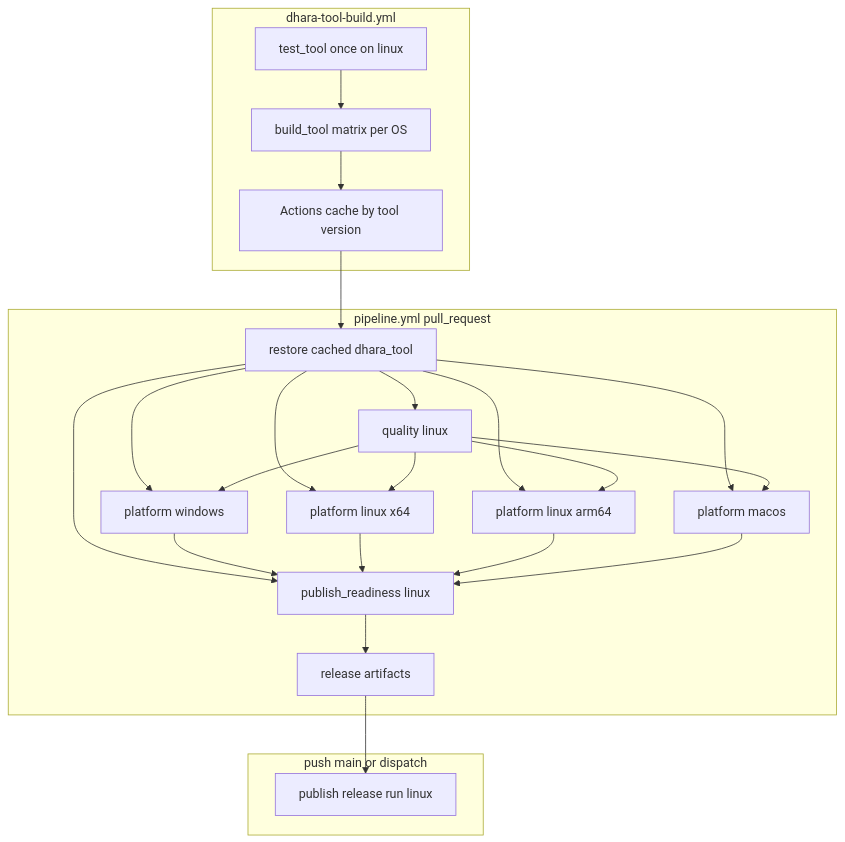
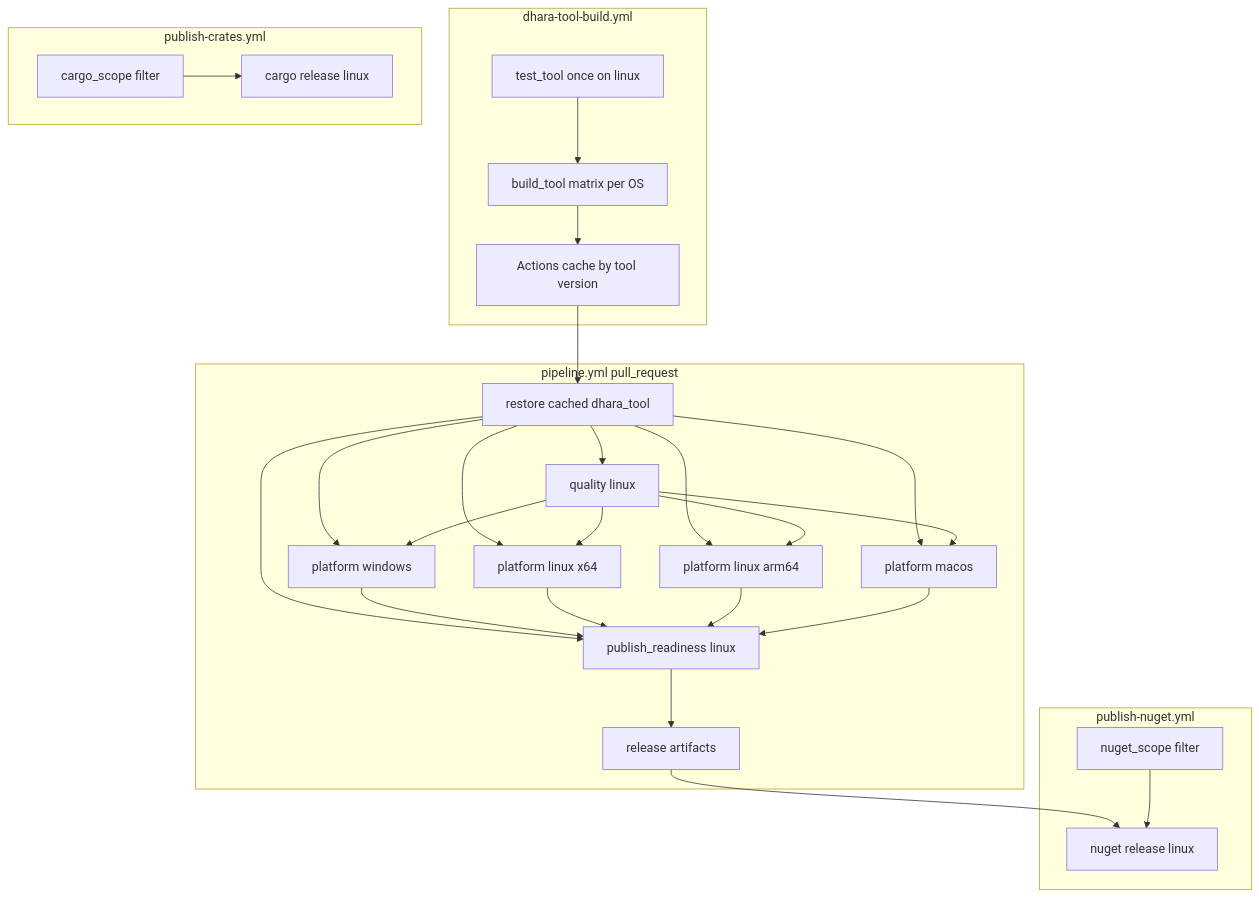
The diagram in docs/ci-cd-pipelines.md (D-Naveenz/dhara_storage), drawn with Mermaid before and after one commit. The commit also changed other lines of this file and 101 other files, not shown here.

First line of the commit message:
🎉 Modularize Dhara operator tool into nested Cargo workspace crates

````diff
--- a/docs/ci-cd-pipelines.md
+++ b/docs/ci-cd-pipelines.md
@@ -19,28 +21,36 @@
 ```mermaid
 flowchart TB
   subgraph tool_build ["dhara-tool-build.yml"]
     TT[test_tool once on linux]
     TB[build_tool matrix per OS]
     CACHE[Actions cache by tool version]
     TT --> TB --> CACHE
   end
 
   subgraph pr ["pipeline.yml pull_request"]
     RST[restore cached dhara_tool]
     Q[quality linux]
     PW[platform windows]
     PL[platform linux x64]
     PLA[platform linux arm64]
     PM[platform macos]
     PR[publish_readiness linux]
     CACHE --> RST
     RST --> Q & PW & PL & PLA & PM & PR
     Q --> PW & PL & PLA & PM --> PR
     PR --> ART[release artifacts]
   end
 
-  subgraph cd ["push main or dispatch"]
-    PUB[publish release run linux]
-    ART --> PUB
+  subgraph cd_cargo ["publish-crates.yml"]
+    FC[cargo_scope filter]
+    CR[cargo release linux]
+    FC --> CR
+  end
+
+  subgraph cd_nuget ["publish-nuget.yml"]
+    FN[nuget_scope filter]
+    NU[nuget release linux]
+    ART --> NU
+    FN --> NU
   end
 ```
````
